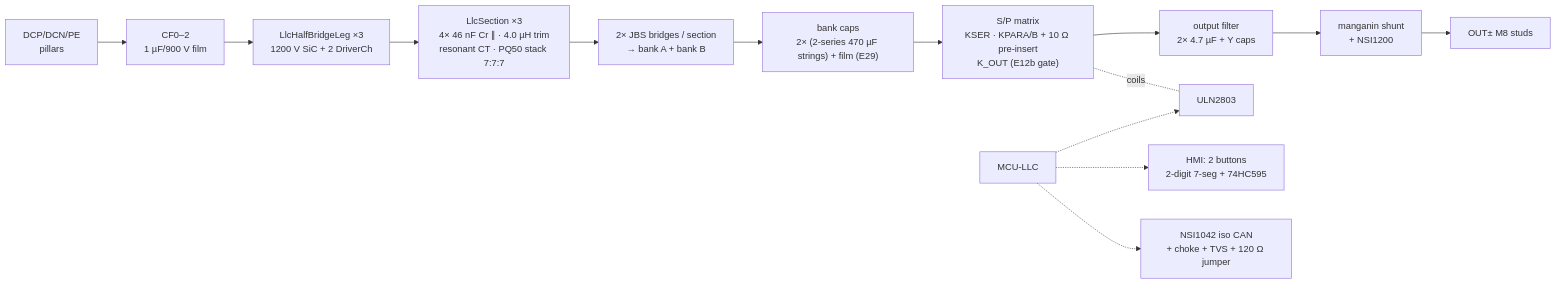
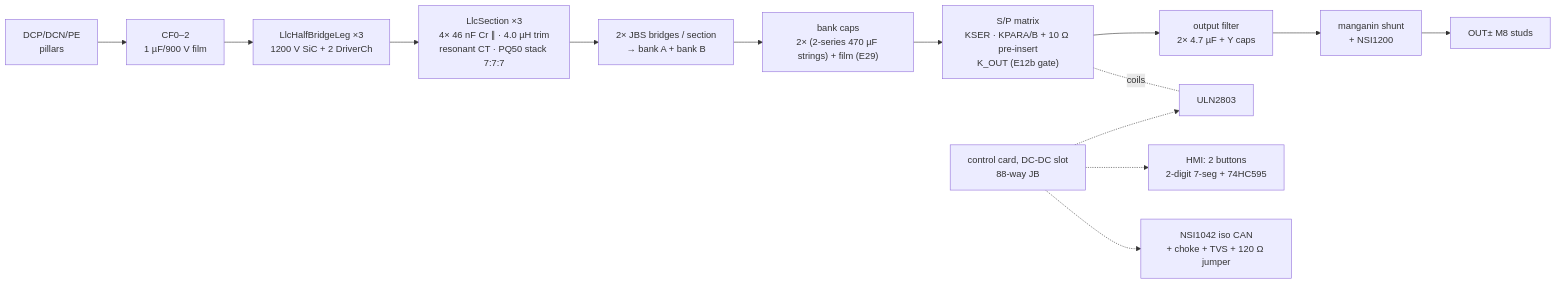
Before and after one commit to vectivolt/DC-Modules: the second of 2 diagrams in boards/30kw/README.md, drawn with Mermaid. The commit also changed other lines of this file and 62 other files, not shown here.

````diff
--- a/boards/30kw/README.md
+++ b/boards/30kw/README.md
@@ -61,14 +59,14 @@
 ```mermaid
 flowchart LR
   ST["DCP/DCN/PE<br/>pillars"] --> CF["CF0–2<br/>1 µF/900 V film"]
   CF --> L1["LlcHalfBridgeLeg ×3<br/>1200 V SiC + 2 DriverCh"]
   L1 --> TK["LlcSection ×3<br/>4× 46 nF Cr ∥ · 4.0 µH trim<br/>resonant CT · PQ50 stack 7:7:7"]
   TK --> BR["2× JBS bridges / section<br/>→ bank A + bank B"]
   BR --> BC["bank caps<br/>2× (2-series 470 µF strings) + film (E29)"]
   BC --> SP["S/P matrix<br/>KSER · KPARA/B + 10 Ω pre-insert<br/>K_OUT (E12b gate)"]
   SP --> OF["output filter<br/>2× 4.7 µF + Y caps"] --> SH["manganin shunt<br/>+ NSI1200"] --> OUT["OUT± M8 studs"]
   SP -.coils.- ULN["ULN2803"]
-  MCU2["MCU-LLC"] -.-> ULN
+  MCU2["control card, DC-DC slot<br/>88-way JB"] -.-> ULN
   MCU2 -.-> HMI["HMI: 2 buttons<br/>2-digit 7-seg + 74HC595"]
   MCU2 -.-> CAN["NSI1042 iso CAN<br/>+ choke + TVS + 120 Ω jumper"]
 ```
````
